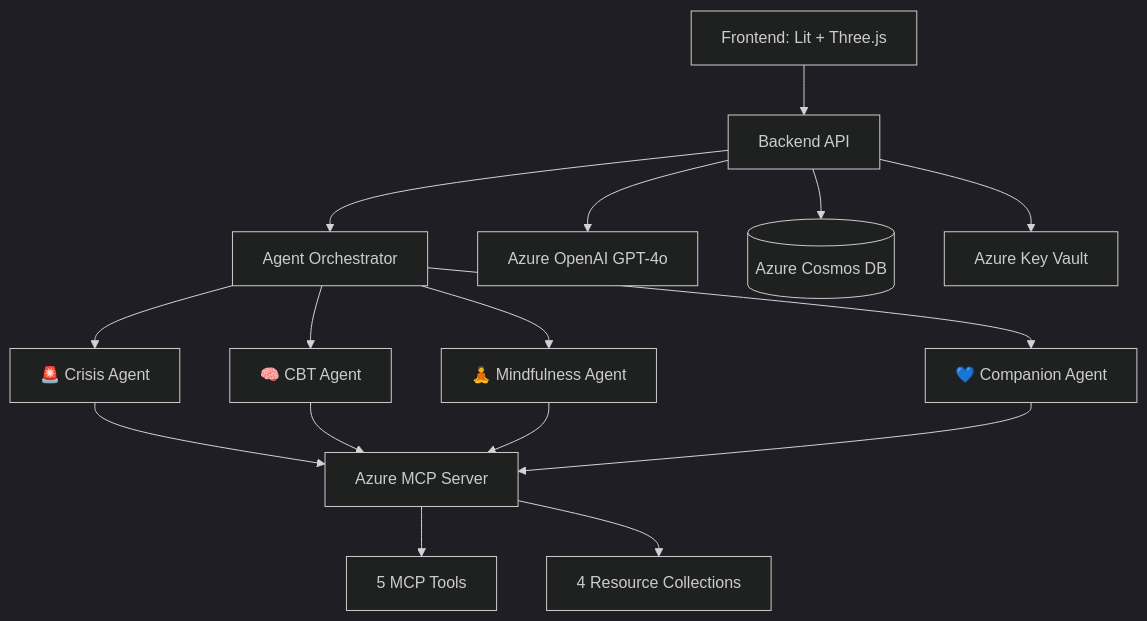
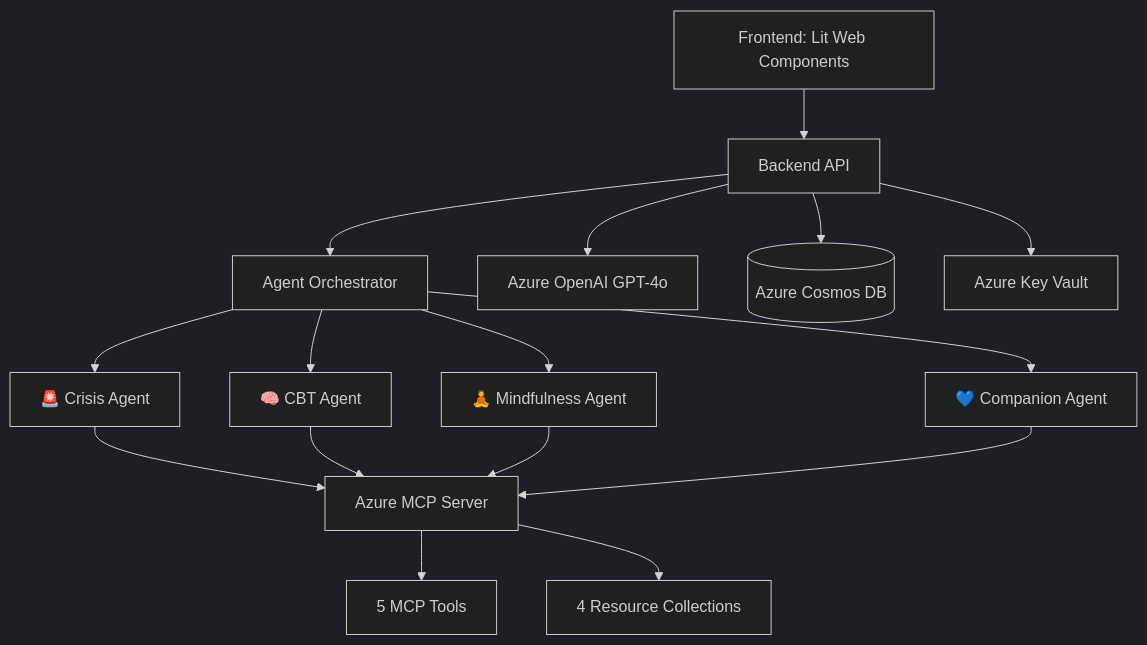
The diagram in README.md (ToshikSoni/VishAI), drawn with Mermaid (dark theme) before and after one commit. The commit also changed other lines of this file and 28 other files, not shown here.

````diff
--- a/README.md
+++ b/README.md
@@ -67,15 +66,15 @@
 ```mermaid
 graph TB
-    UI[Frontend: Lit + Three.js] --> API[Backend API]
+    UI[Frontend: Lit Web Components] --> API[Backend API]
     API --> Orchestrator[Agent Orchestrator]
     Orchestrator --> Crisis[🚨 Crisis Agent]
     Orchestrator --> CBT[🧠 CBT Agent]
     Orchestrator --> Mind[🧘 Mindfulness Agent]
     Orchestrator --> Comp[💙 Companion Agent]
     Crisis & CBT & Mind & Comp --> MCP[Azure MCP Server]
     MCP --> Tools[5 MCP Tools]
     MCP --> Resources[4 Resource Collections]
     API --> OpenAI[Azure OpenAI GPT-4o]
     API --> Cosmos[(Azure Cosmos DB)]
     API --> KeyVault[Azure Key Vault]
 ```
````
